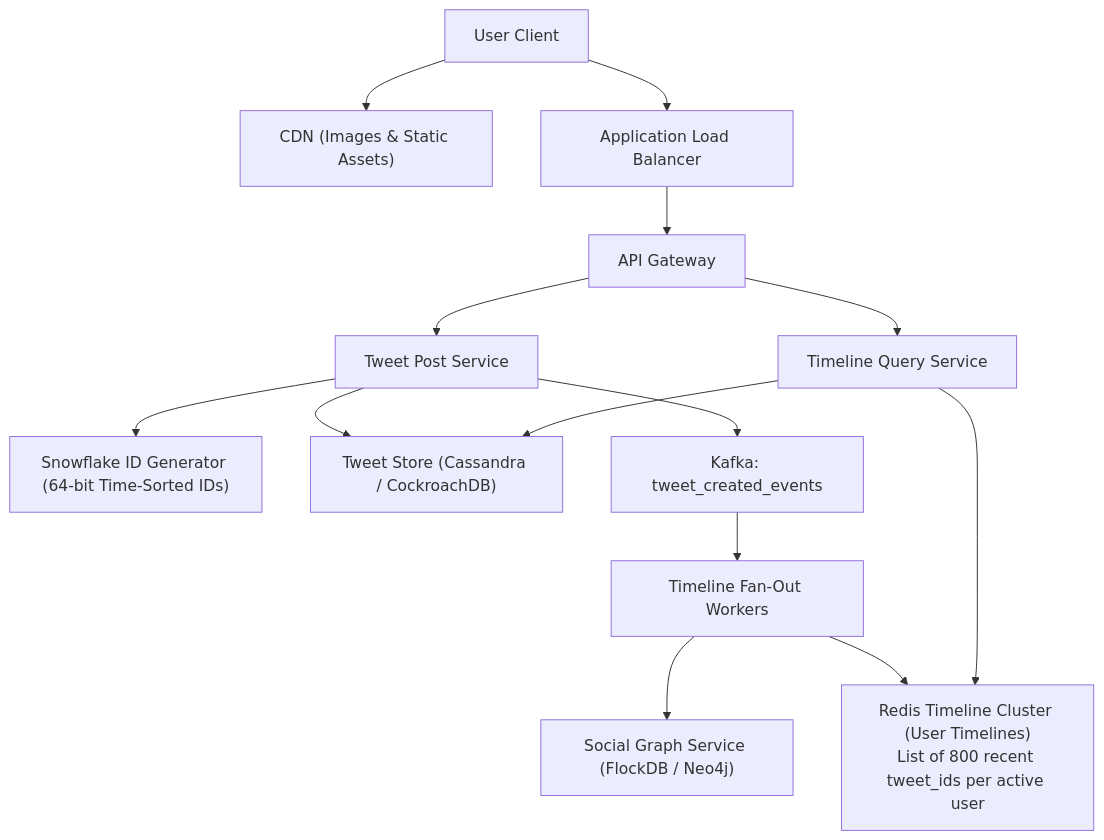
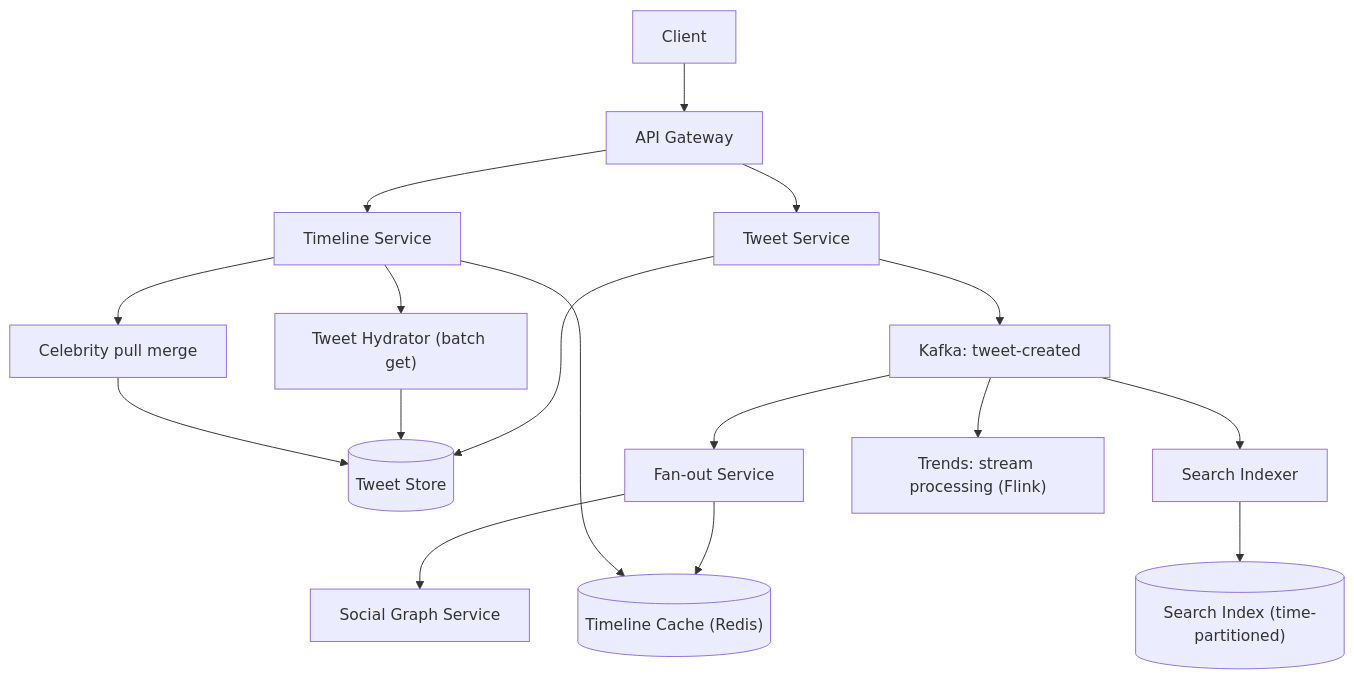
One commit to reddykarthikeya1/AI-Systems-Mastery changed the diagram in 03-High-Level-Design/systems/10-twitter.md. Above: the diagram before and after it, drawn with Mermaid. The commit also changed other lines of this file and 9 other files, not shown here.

Commit message:
content(hld): expand 10 case studies with estimates (runnable), API, data model, failure modes, trade-offs, interview timeline

````diff
--- a/03-High-Level-Design/systems/10-twitter.md
+++ b/03-High-Level-Design/systems/10-twitter.md
@@ -21,20 +50,19 @@
 ```mermaid
 flowchart TD
-    User["User Client"] --> CDN["CDN (Images & Static Assets)"]
-    User --> ALB["Application Load Balancer"]
-    ALB --> Gateway["API Gateway"]
-    
-    Gateway --> TweetIngest["Tweet Post Service"]
-    TweetIngest --> Snowflake["Snowflake ID Generator (64-bit Time-Sorted IDs)"]
-    TweetIngest --> TweetDB["Tweet Store (Cassandra / CockroachDB)"]
-    
-    TweetIngest --> Kafka["Kafka: tweet_created_events"]
-    Kafka --> FanoutCluster["Timeline Fan-Out Workers"]
-    
-    FanoutCluster --> SocialGraph["Social Graph Service (FlockDB / Neo4j)"]
-    FanoutCluster --> TimelineCache["Redis Timeline Cluster (User Timelines)<br/>List of 800 recent tweet_ids per active user"]
-    
-    Gateway --> TimelineSvc["Timeline Query Service"]
-    TimelineSvc --> TimelineCache
-    TimelineSvc --> TweetDB
+    C["Client"] --> API["API Gateway"]
+    API --> TW["Tweet Service"]
+    TW --> Tdb[("Tweet Store")]
+    TW --> K["Kafka: tweet-created"]
+    K --> Fan["Fan-out Service"]
+    Fan --> Graph["Social Graph Service"]
+    Fan --> TL[("Timeline Cache (Redis)")]
+    K --> Idx["Search Indexer"]
+    Idx --> SI[("Search Index (time-partitioned)")]
+    K --> Trend["Trends: stream processing (Flink)"]
+    API --> HT["Timeline Service"]
+    HT --> TL
+    HT --> Hyd["Tweet Hydrator (batch get)"]
+    Hyd --> Tdb
+    HT --> Cel["Celebrity pull merge"]
+    Cel --> Tdb
 ```
````
